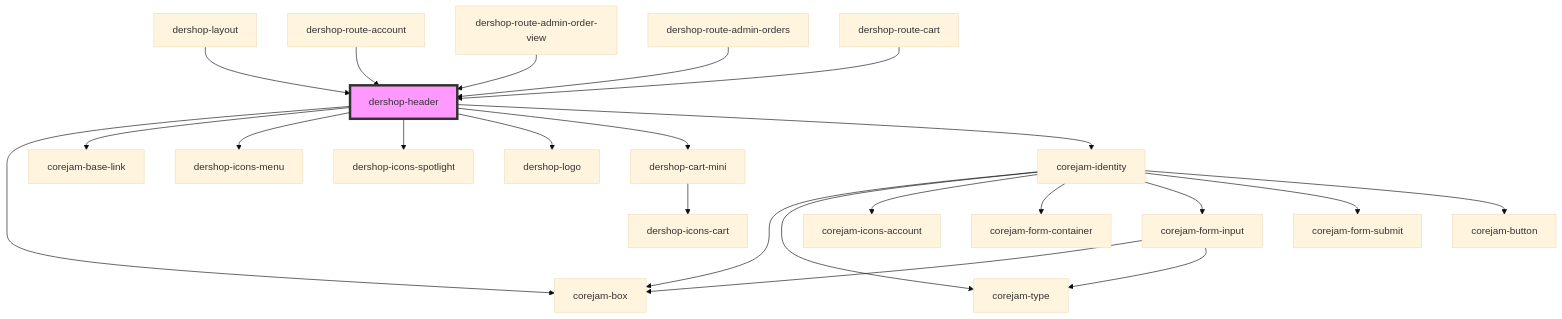
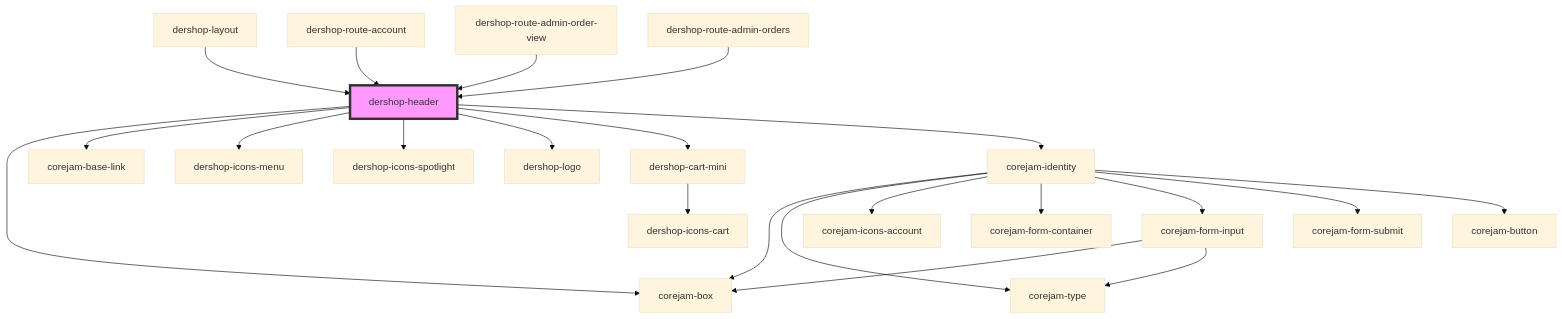
One commit to corejam/corejam changed the diagram in packages/plugins/dershop/app/components/dershop-header/readme.md. Above: the diagram before and after it, drawn with Mermaid (base theme). The commit also changed other lines of this file and 121 other files, not shown here.

````diff
--- a/packages/plugins/dershop/app/components/dershop-header/readme.md
+++ b/packages/plugins/dershop/app/components/dershop-header/readme.md
@@ -38,26 +37,25 @@
 ```mermaid
 graph TD;
   dershop-header --> corejam-box
   dershop-header --> corejam-base-link
   dershop-header --> dershop-icons-menu
   dershop-header --> dershop-icons-spotlight
   dershop-header --> dershop-logo
   dershop-header --> dershop-cart-mini
   dershop-header --> corejam-identity
   dershop-cart-mini --> dershop-icons-cart
   corejam-identity --> corejam-box
   corejam-identity --> corejam-type
   corejam-identity --> corejam-icons-account
   corejam-identity --> corejam-form-container
   corejam-identity --> corejam-form-input
   corejam-identity --> corejam-form-submit
   corejam-identity --> corejam-button
   corejam-form-input --> corejam-box
   corejam-form-input --> corejam-type
   dershop-layout --> dershop-header
   dershop-route-account --> dershop-header
   dershop-route-admin-order-view --> dershop-header
   dershop-route-admin-orders --> dershop-header
-  dershop-route-cart --> dershop-header
   style dershop-header fill:#f9f,stroke:#333,stroke-width:4px
 ```
````
